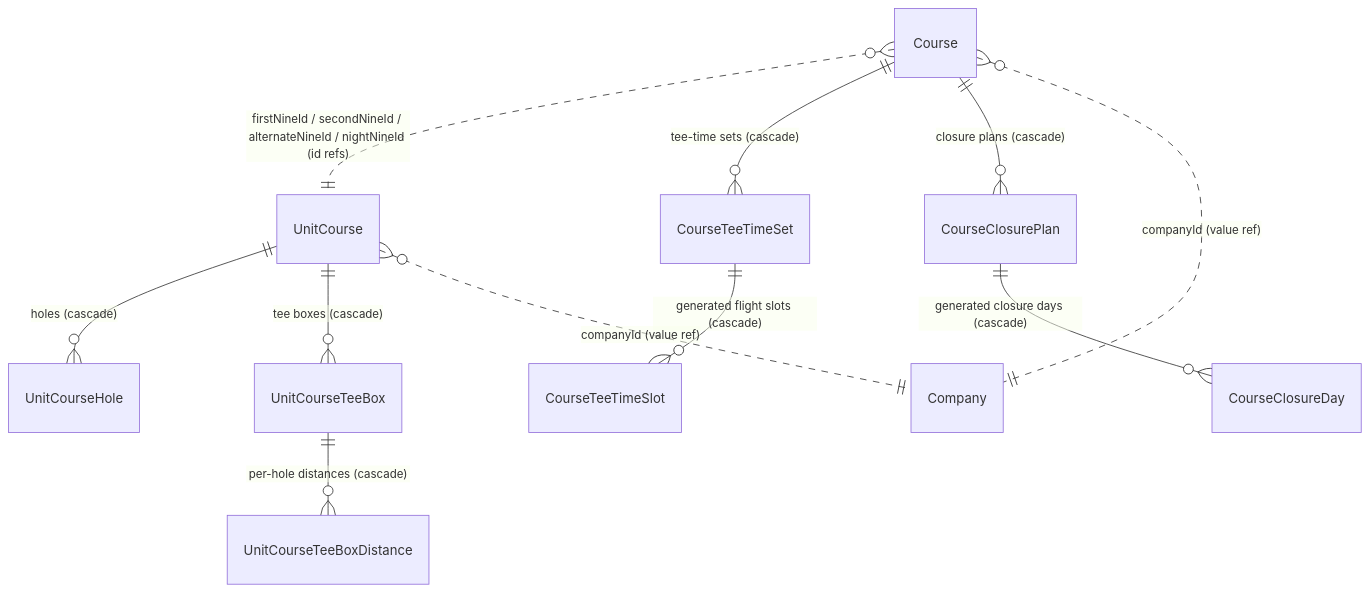
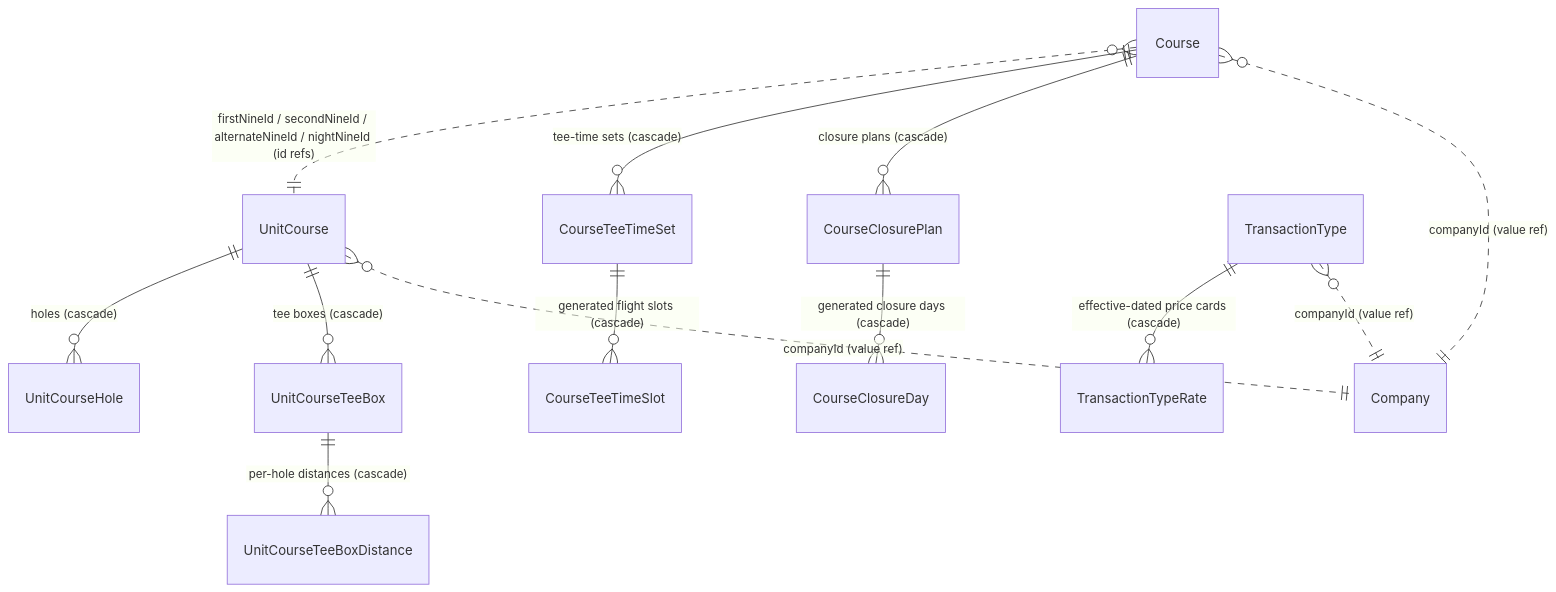
The third of 6 diagrams in docs/data-model.md (hsfun360/saas-platform), drawn with Mermaid before and after one commit. The commit also changed other lines of this file, not shown here.

First line of the commit message:
docs(data-model): refresh to 2026-08-21 - AR + Workflow domains, ar.ExchangeRate, drifted inventory

````diff
--- a/docs/data-model.md
+++ b/docs/data-model.md
@@ -94,13 +122,15 @@
 ```mermaid
 erDiagram
     UnitCourse ||--o{ UnitCourseHole : "holes (cascade)"
     UnitCourse ||--o{ UnitCourseTeeBox : "tee boxes (cascade)"
     UnitCourseTeeBox ||--o{ UnitCourseTeeBoxDistance : "per-hole distances (cascade)"
     Course }o..|| UnitCourse : "firstNineId / secondNineId / alternateNineId / nightNineId (id refs)"
     Course ||--o{ CourseTeeTimeSet : "tee-time sets (cascade)"
     CourseTeeTimeSet ||--o{ CourseTeeTimeSlot : "generated flight slots (cascade)"
     Course ||--o{ CourseClosurePlan : "closure plans (cascade)"
     CourseClosurePlan ||--o{ CourseClosureDay : "generated closure days (cascade)"
+    TransactionType ||--o{ TransactionTypeRate : "effective-dated price cards (cascade)"
     Course }o..|| Company : "companyId (value ref)"
     UnitCourse }o..|| Company : "companyId (value ref)"
+    TransactionType }o..|| Company : "companyId (value ref)"
 ```
````
